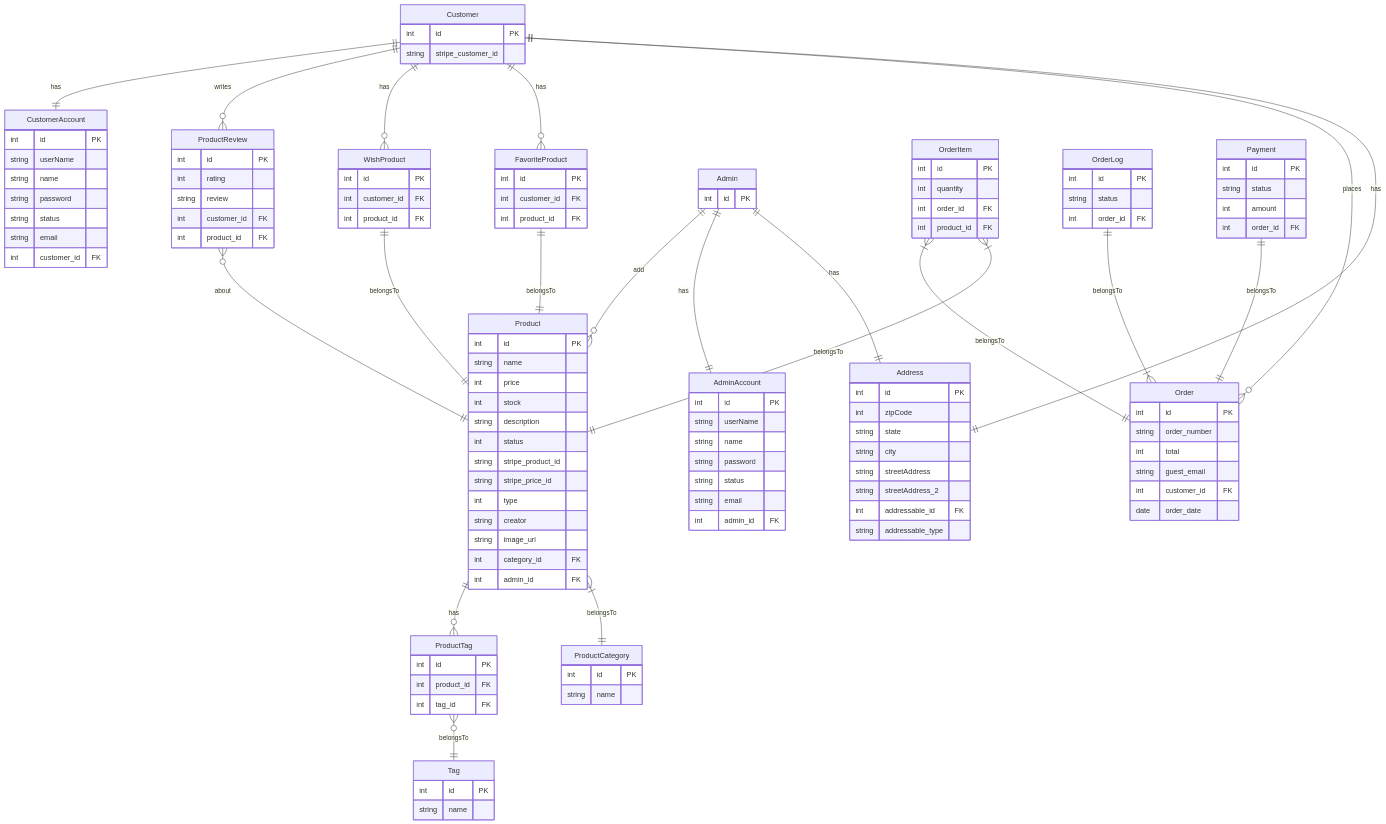
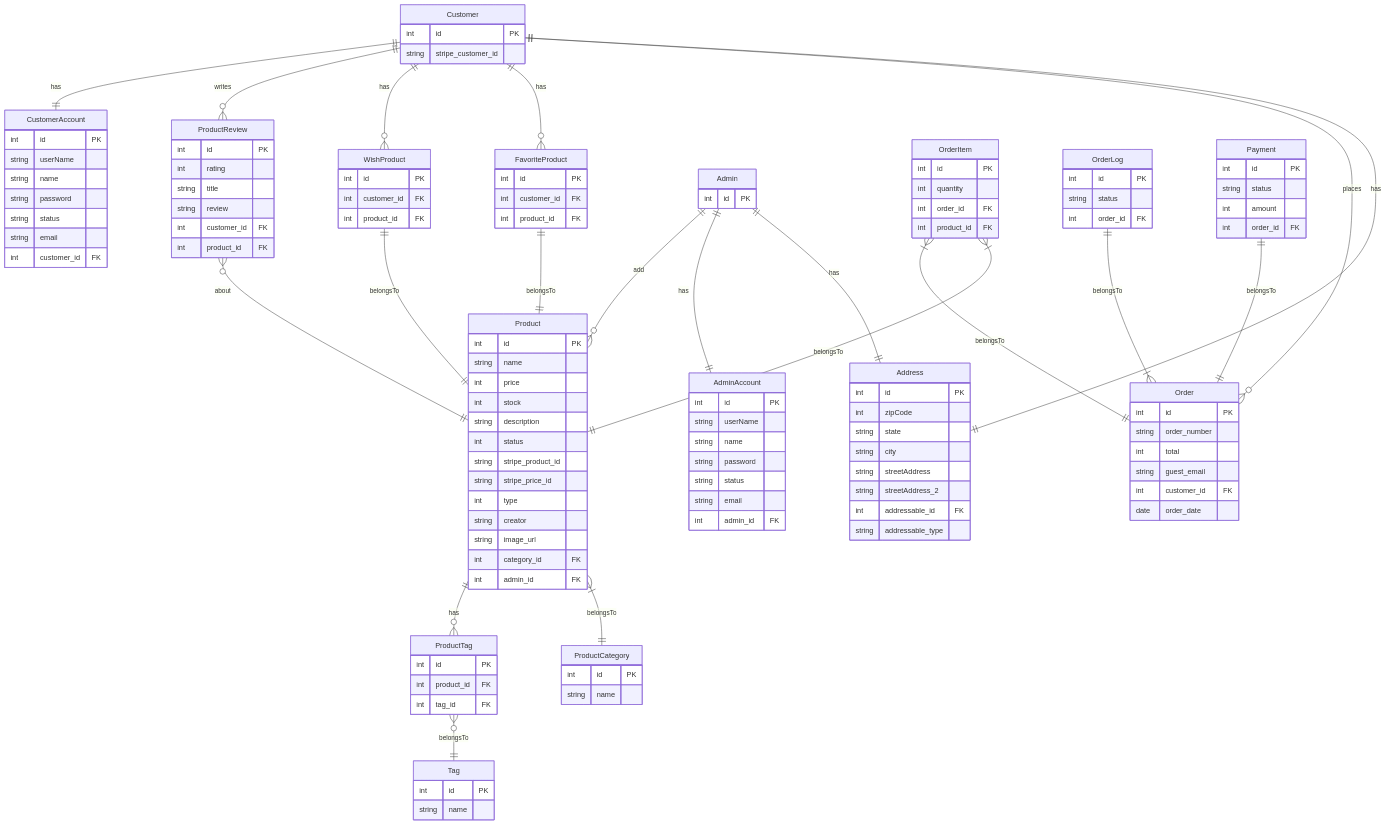
The diagram in er.md (recursion-backend-projects/dev-log), drawn with Mermaid before and after one commit.

Commit message:
ProductReviewテーブルにtitleカラムを追加

```diff
--- a/er.md
+++ b/er.md
@@ -107,6 +107,7 @@
     ProductReview{
         int id PK
         int rating
+        string title
         string review
         int customer_id FK
         int product_id FK
```
